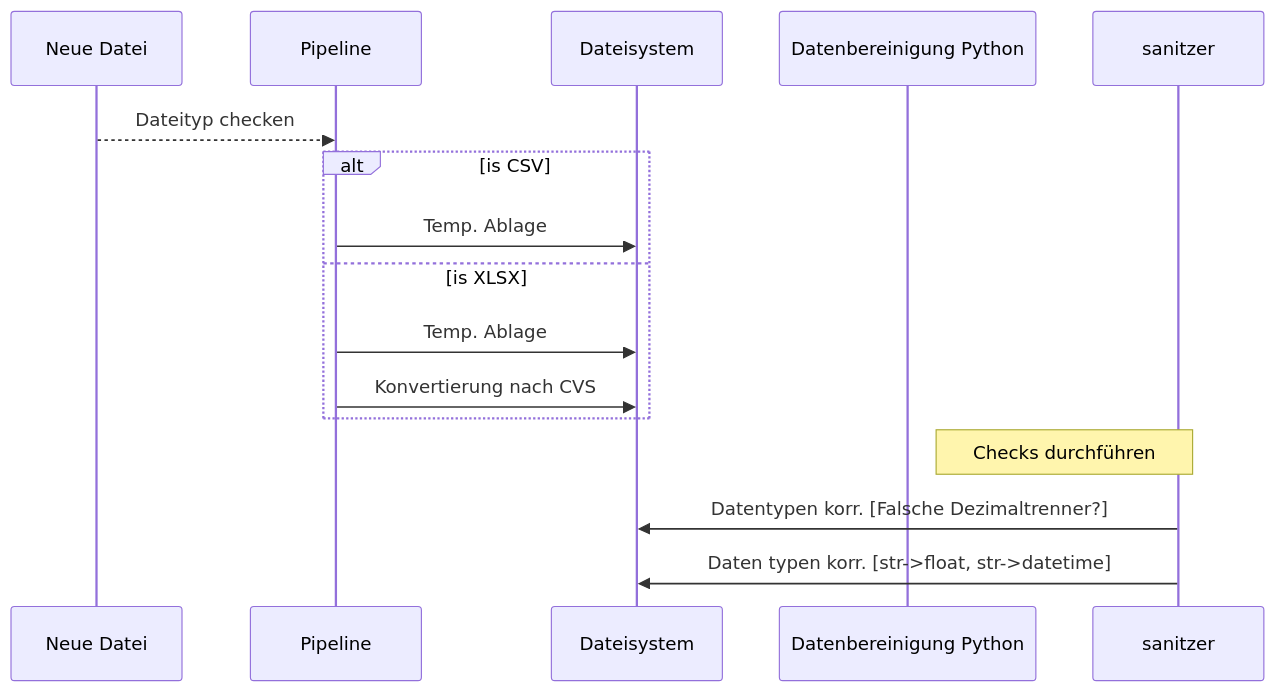
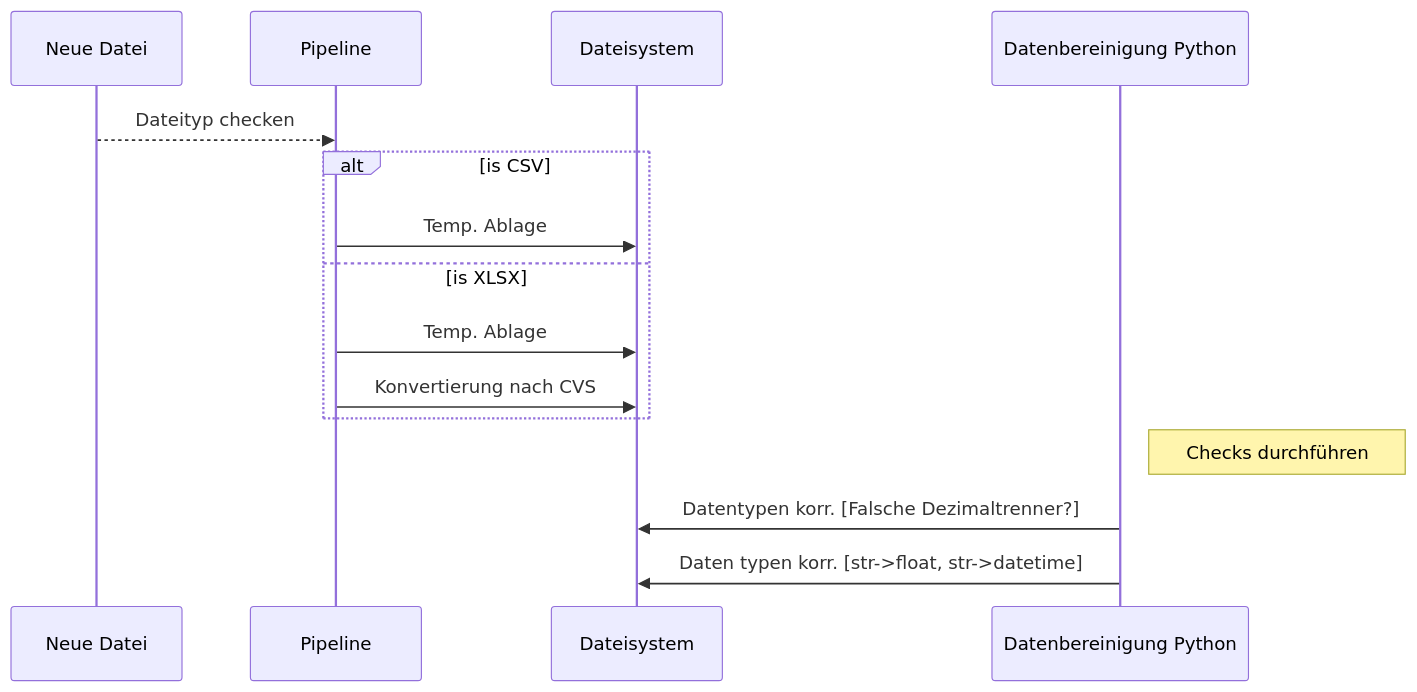
One commit to nevsglueckauf/wq changed the diagram in Documentation/Data_Quality.md. Above: the diagram before and after it, drawn with Mermaid.

Commit message:
Dokumentation zur Datenbereinigung

````diff
--- a/Documentation/Data_Quality.md
+++ b/Documentation/Data_Quality.md
@@ -7,23 +7,23 @@
 ```mermaid
 sequenceDiagram
     participant inp as Neue Datei
     participant pipe as Pipeline
     participant fs as Dateisystem
     participant sanitizer as Datenbereinigung Python
 
     inp-->>pipe: Dateityp checken
      alt is CSV
             pipe->>fs: Temp. Ablage
      else is XLSX
             pipe->>fs: Temp. Ablage
             pipe->>fs: Konvertierung nach CVS
     end
     Note right of sanitizer: Checks durchführen
-    sanitzer->>fs: Datentypen korr. [Falsche Dezimaltrenner?]
-    sanitzer->>fs: Daten typen korr. [str->float, str->datetime]
+    sanitizer->>fs: Datentypen korr. [Falsche Dezimaltrenner?]
+    sanitizer->>fs: Daten typen korr. [str->float, str->datetime]
     
     
 
     
 
 ```
````
